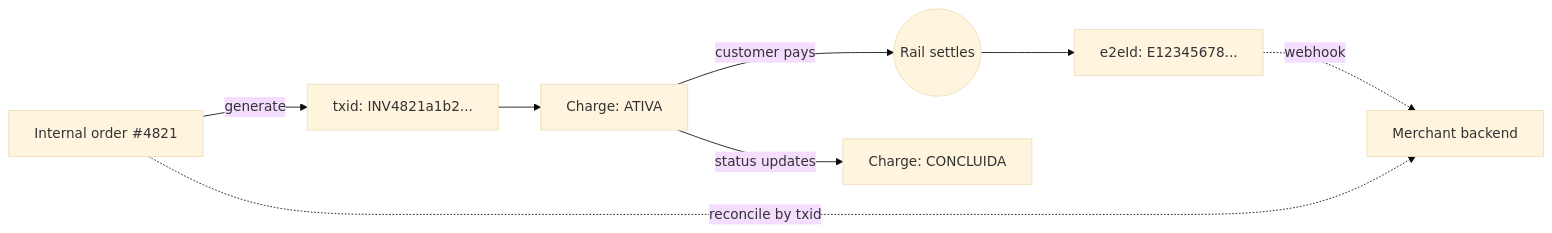
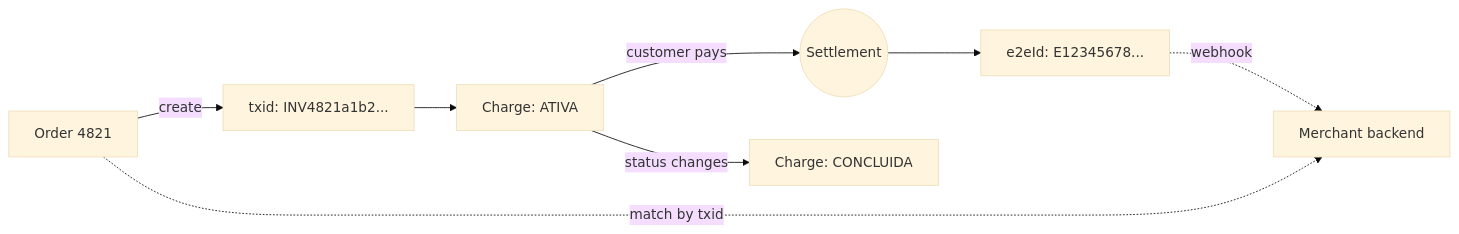
One commit to L-G99921/tw-portfolio changed the second of 2 diagrams in docs/pix/about-pix.md. Above: the diagram before and after it, drawn with Mermaid (base theme). The commit also changed other lines of this file and 47 other files, not shown here.

````diff
--- a/docs/pix/about-pix.md
+++ b/docs/pix/about-pix.md
@@ -119,10 +117,10 @@
 ```mermaid
 flowchart LR
-    Order[Internal order #4821] -->|generate| Txid[txid: INV4821a1b2...]
+    Order[Order 4821] -->|create| Txid[txid: INV4821a1b2...]
     Txid --> Cob[Charge: ATIVA]
-    Cob -->|customer pays| Settle((Rail settles))
+    Cob -->|customer pays| Settle((Settlement))
     Settle --> E2eId[e2eId: E12345678...]
-    Cob -->|status updates| Done[Charge: CONCLUIDA]
+    Cob -->|status changes| Done[Charge: CONCLUIDA]
     E2eId -.->|webhook| Merchant[Merchant backend]
-    Order -.->|reconcile by txid| Merchant
+    Order -.->|match by txid| Merchant
 ```
````
